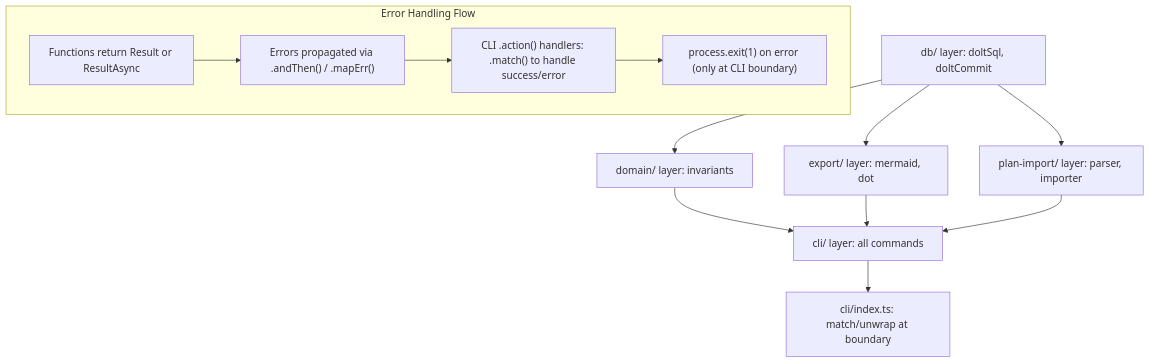
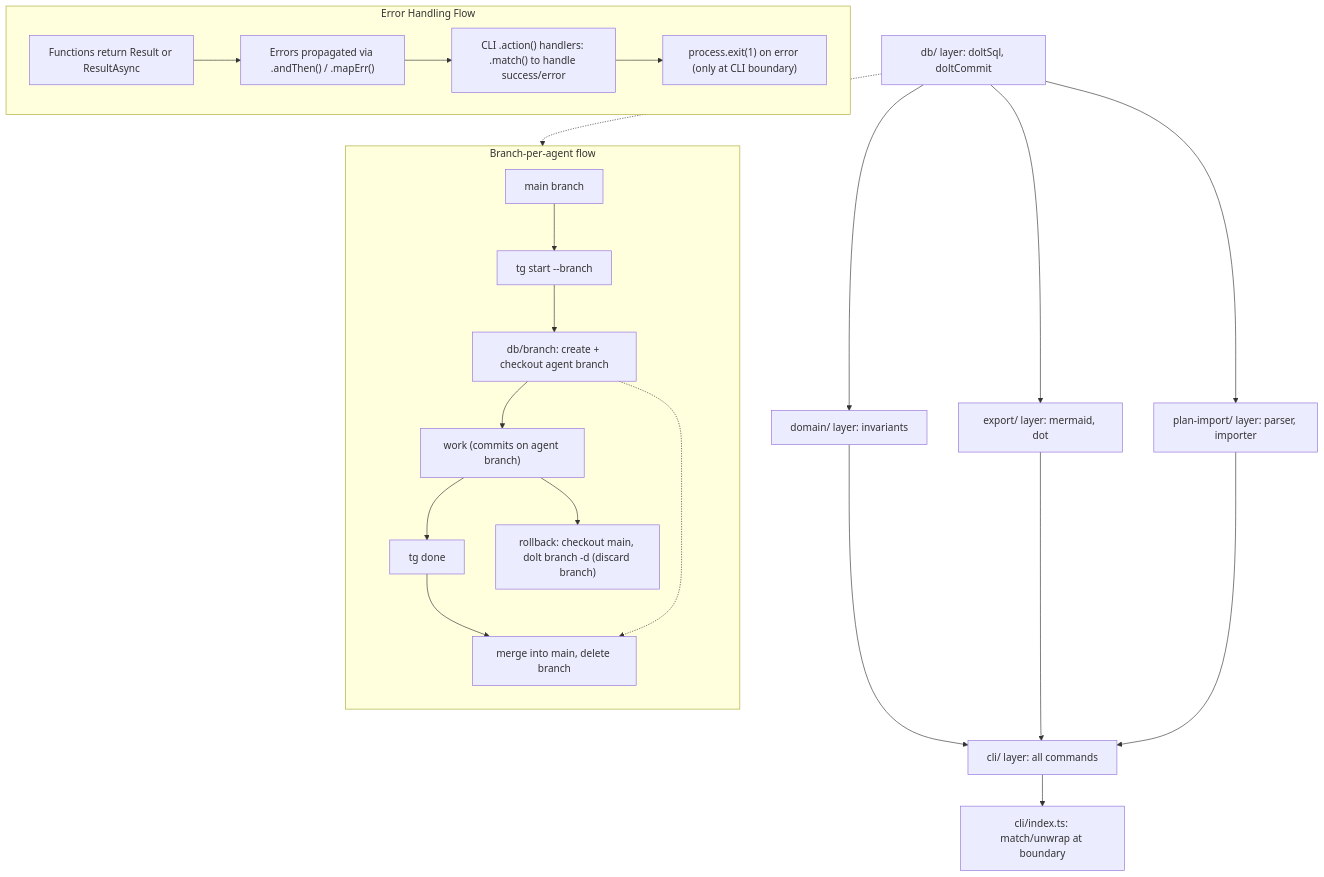
The diagram in docs/architecture.md (danalexilewis/taskgraph), drawn with Mermaid before and after one commit. The commit also changed other lines of this file and 10 other files, not shown here.

````diff
--- a/docs/architecture.md
+++ b/docs/architecture.md
@@ -53,20 +74,32 @@
 ```mermaid
 flowchart TD
   dbLayer["db/ layer: doltSql, doltCommit"] --> domainLayer["domain/ layer: invariants"]
   dbLayer --> exportLayer["export/ layer: mermaid, dot"]
   dbLayer --> importLayer["plan-import/ layer: parser, importer"]
   domainLayer --> cliLayer["cli/ layer: all commands"]
   exportLayer --> cliLayer
   importLayer --> cliLayer
   cliLayer --> entryPoint["cli/index.ts: match/unwrap at boundary"]
+
+  subgraph Branch-per-agent flow
+    direction TB
+    main["main branch"] --> startBranch["tg start --branch"]
+    startBranch --> createCheckout["db/branch: create + checkout agent branch"]
+    createCheckout --> work["work (commits on agent branch)"]
+    work --> done["tg done"]
+    done --> merge["merge into main, delete branch"]
+    work --> rollback["rollback: checkout main, dolt branch -d (discard branch)"]
+  end
+  dbLayer -.-> createCheckout
+  createCheckout -.-> merge
 
   subgraph Error Handling Flow
     direction LR
     neverthrow_Result["Functions return Result<T, AppError> or ResultAsync<T, AppError>"]
     errorPropagation["Errors propagated via .andThen() / .mapErr()"]
     cliBoundary["CLI .action() handlers: .match() to handle success/error"]
     processExit["process.exit(1) on error (only at CLI boundary)"]
 
     neverthrow_Result --> errorPropagation --> cliBoundary --> processExit
   end
 ```
````
